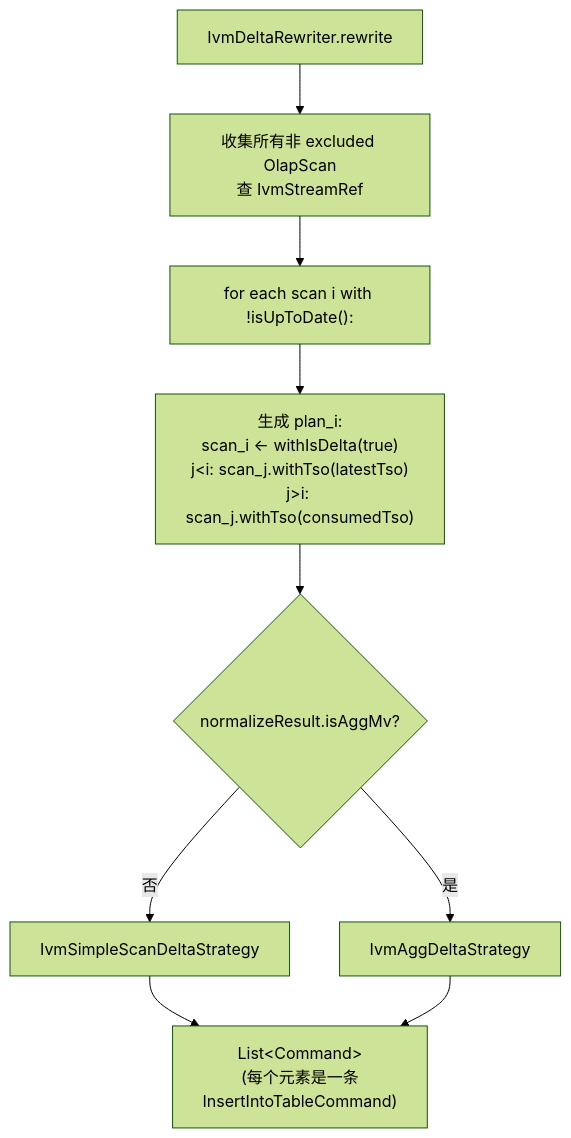
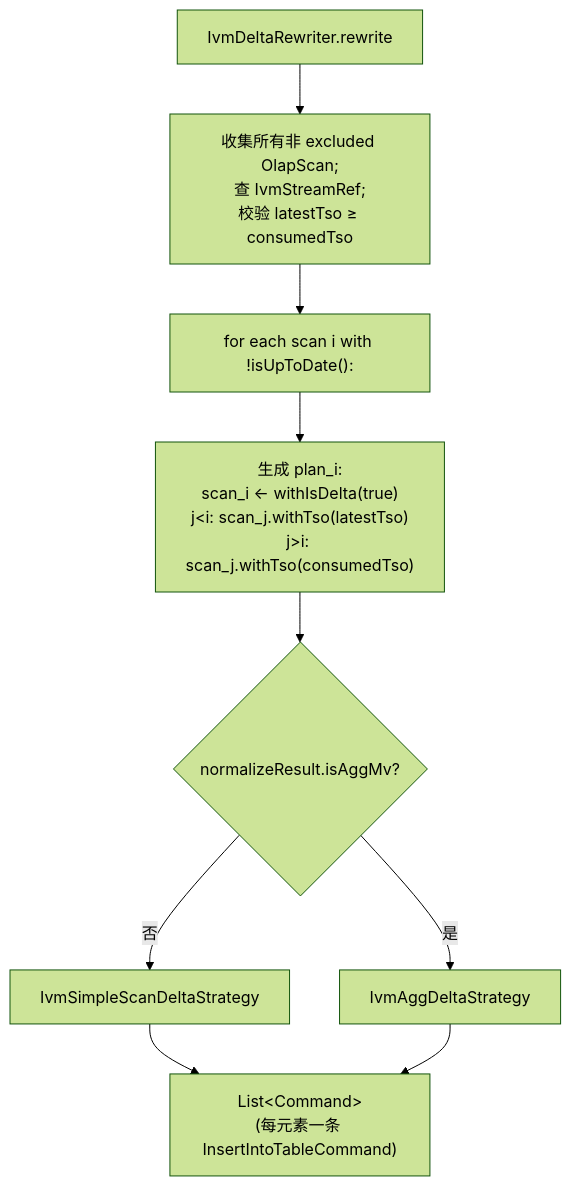
One commit to seawinde/doris changed the seventh of 9 diagrams in docs/ivm_design.md. Above: the diagram before and after it, drawn with Mermaid (forest theme). The commit also changed other lines of this file, not shown here.

First line of the commit message:
[doc](mtmv) Restructure IVM design doc: dedupe and fill gaps

````diff
--- a/docs/ivm_design.md
+++ b/docs/ivm_design.md
@@ -362,11 +340,11 @@
 ```mermaid
 flowchart TB
-  R["IvmDeltaRewriter.rewrite"] --> COLL["收集所有非 excluded OlapScan<br/>查 IvmStreamRef"]
+  R["IvmDeltaRewriter.rewrite"] --> COLL["收集所有非 excluded OlapScan;<br/>查 IvmStreamRef;<br/>校验 latestTso ≥ consumedTso"]
   COLL --> LOOP["for each scan i with !isUpToDate():"]
   LOOP --> MAKE["生成 plan_i:<br/>scan_i ← withIsDelta(true)<br/>j&lt;i: scan_j.withTso(latestTso)<br/>j&gt;i: scan_j.withTso(consumedTso)"]
   MAKE --> Q{"normalizeResult.isAggMv?"}
   Q -- 否 --> S1["IvmSimpleScanDeltaStrategy"]
   Q -- 是 --> S2["IvmAggDeltaStrategy"]
-  S1 --> CMD["List&lt;Command&gt;<br/>(每个元素是一条<br/>InsertIntoTableCommand)"]
+  S1 --> CMD["List&lt;Command&gt;<br/>(每元素一条 InsertIntoTableCommand)"]
   S2 --> CMD
 ```
````
